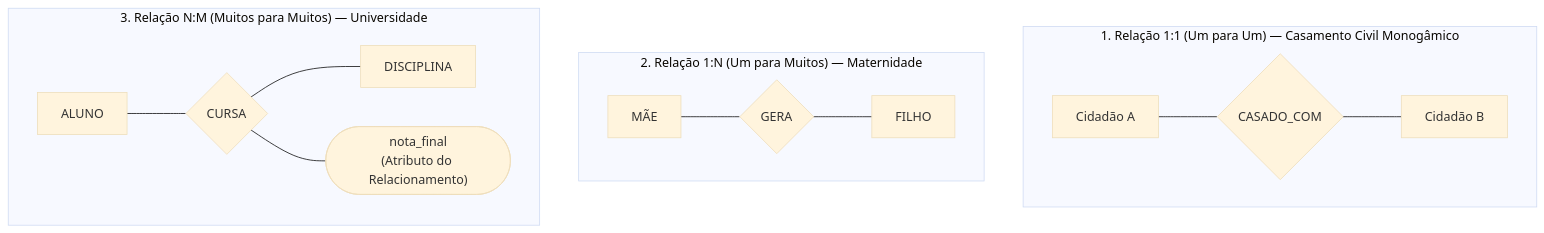
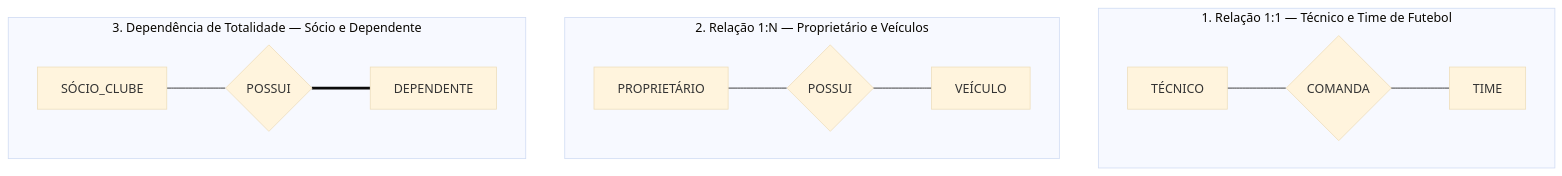
The first of 8 diagrams in 02. Modelagem de Dados/06. Modelagem de relacionamentos, cardinalidade e restrições de participação.md (leorruas/puc), drawn with Mermaid (base theme) before and after one commit. The commit also changed other lines of this file, not shown here.

````diff
--- a/02. Modelagem de Dados/06. Modelagem de relacionamentos, cardinalidade e restrições de participação.md
+++ b/02. Modelagem de Dados/06. Modelagem de relacionamentos, cardinalidade e restrições de participação.md
@@ -43,16 +44,14 @@
 ```mermaid
 flowchart TD
-    subgraph SubgraphCasamento["1. Relação 1:1 (Um para Um) — Casamento Civil Monogâmico"]
-        CidA["Cidadão A"] --- RelCas{"CASADO_COM"} --- CidB["Cidadão B"]
+    subgraph Subgraph1Para1["1. Relação 1:1 — Técnico e Time de Futebol"]
+        Tec["TÉCNICO"] --- RelTec{"COMANDA"} --- Time["TIME"]
     end
 
-    subgraph SubgraphMaternidade["2. Relação 1:N (Um para Muitos) — Maternidade"]
-        Mae["MÃE"] --- RelMae{"GERA"} --- Filho["FILHO"]
+    subgraph Subgraph1ParaN["2. Relação 1:N — Proprietário e Veículos"]
+        Prop["PROPRIETÁRIO"] --- RelProp{"POSSUI"} --- Veic["VEÍCULO"]
     end
 
-    subgraph SubgraphMatricula["3. Relação N:M (Muitos para Muitos) — Universidade"]
-        Aluno["ALUNO"] --- RelMatr{"CURSA"} --- Disc["DISCIPLINA"]
-        Nota(["nota_final<br>(Atributo do Relacionamento)"])
-        RelMatr --- Nota
+    subgraph SubgraphTotalidade["3. Dependência de Totalidade — Sócio e Dependente"]
+        Socio["SÓCIO_CLUBE"] --- RelDep{"POSSUI"} === Dep["DEPENDENTE"]
     end
 ```
````
